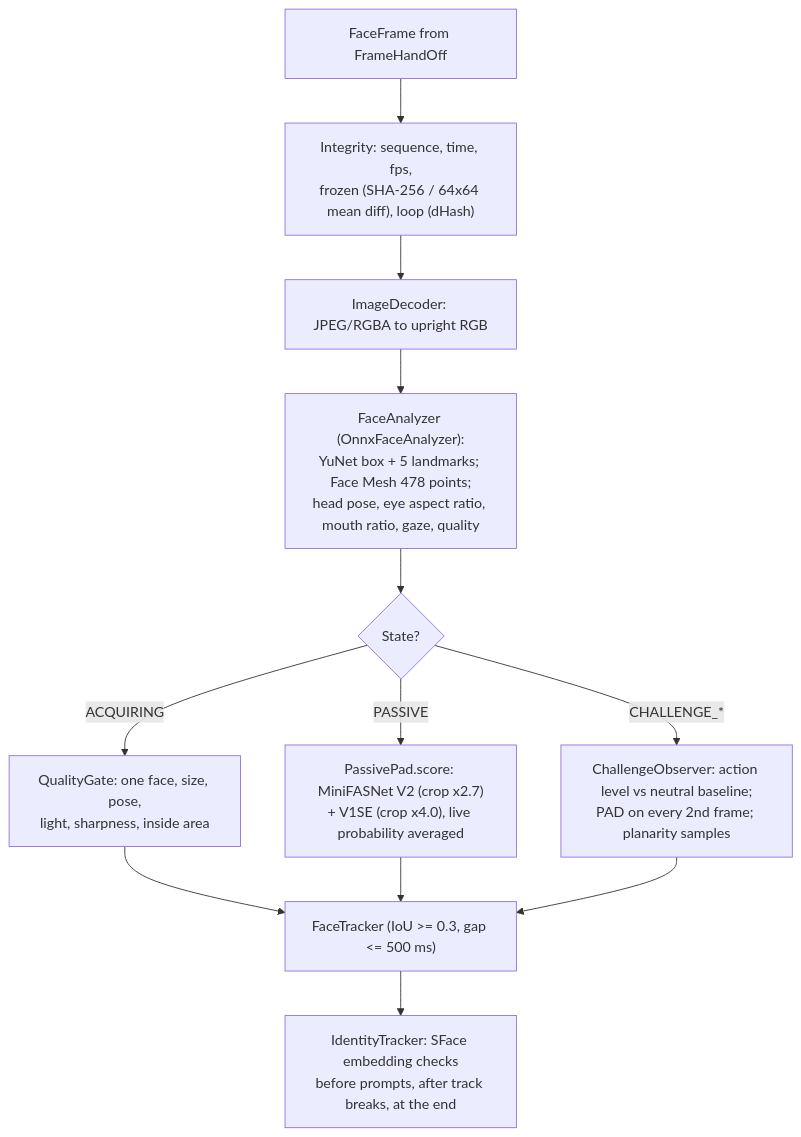
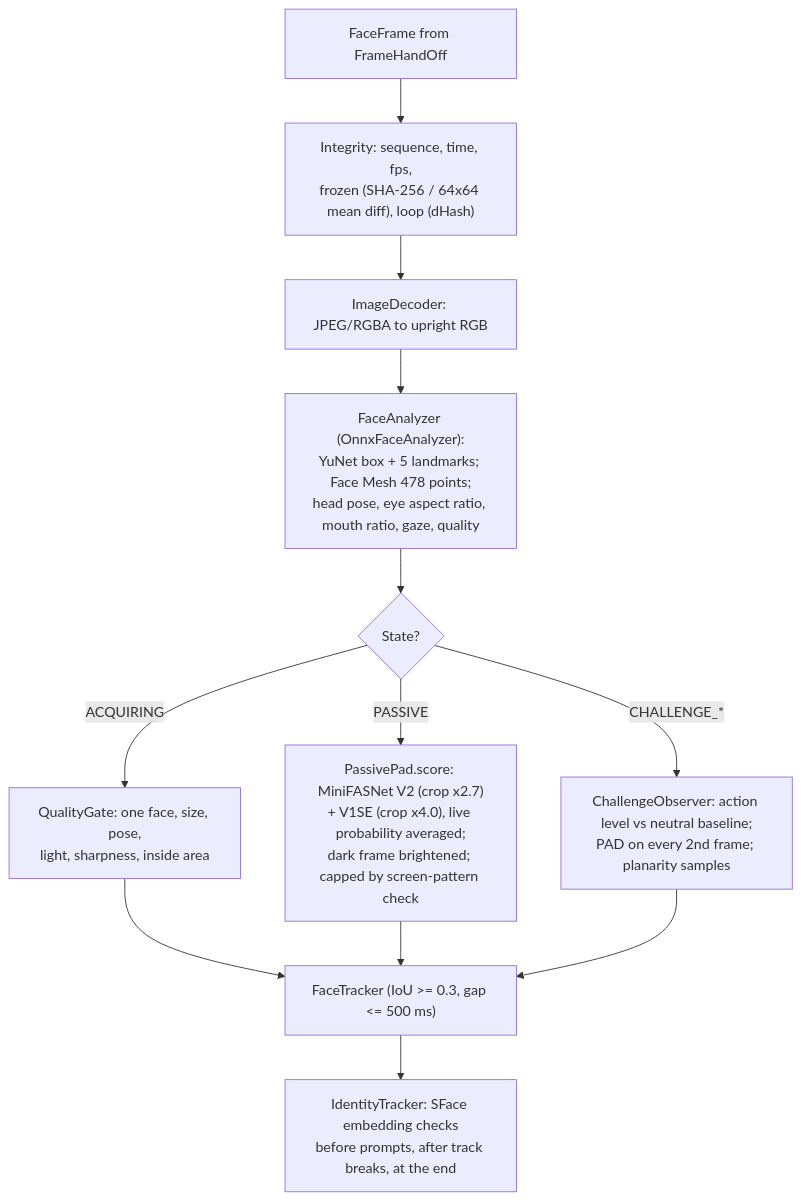
Before and after one commit to Paradox-73/Face_Liveness_Detection_and_Presentation_Attack_Detection: the first of 2 diagrams in docs/design/engine.md, drawn with Mermaid. The commit also changed other lines of this file and 17 other files, not shown here.

````diff
--- a/docs/design/engine.md
+++ b/docs/design/engine.md
@@ -33,14 +33,14 @@
 ```mermaid
 flowchart TB
   F["FaceFrame from FrameHandOff"] --> I1["Integrity: sequence, time, fps,<br/>frozen (SHA-256 / 64x64 mean diff), loop (dHash)"]
   I1 --> D["ImageDecoder: JPEG/RGBA to upright RGB"]
   D --> A["FaceAnalyzer (OnnxFaceAnalyzer):<br/>YuNet box + 5 landmarks; Face Mesh 478 points;<br/>head pose, eye aspect ratio, mouth ratio, gaze, quality"]
   A --> Q{"State?"}
   Q -- "ACQUIRING" --> QG["QualityGate: one face, size, pose,<br/>light, sharpness, inside area"]
-  Q -- "PASSIVE" --> P["PassivePad.score: MiniFASNet V2 (crop x2.7)<br/>+ V1SE (crop x4.0), live probability averaged"]
+  Q -- "PASSIVE" --> P["PassivePad.score: MiniFASNet V2 (crop x2.7)<br/>+ V1SE (crop x4.0), live probability averaged;<br/>dark frame brightened; capped by screen-pattern check"]
   Q -- "CHALLENGE_*" --> C["ChallengeObserver: action level vs neutral baseline;<br/>PAD on every 2nd frame; planarity samples"]
   QG --> T["FaceTracker (IoU >= 0.3, gap <= 500 ms)"]
   P --> T
   C --> T
   T --> E["IdentityTracker: SFace embedding checks<br/>before prompts, after track breaks, at the end"]
 ```
````
